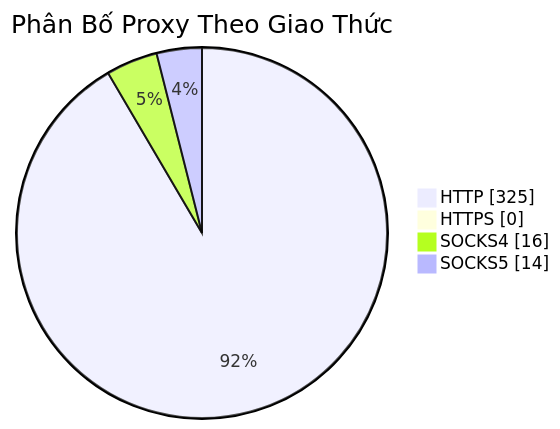
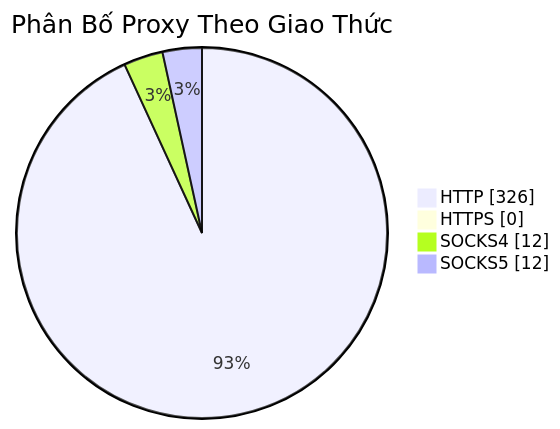
One commit to Ciara-Aa/PROXY-free changed the diagram in README.md. Above: the diagram before and after it, drawn with Mermaid. The commit also changed other lines of this file and 3 other files, not shown here.

````diff
--- a/README.md
+++ b/README.md
@@ -26,7 +26,7 @@
 ```mermaid
 pie showData title Phân Bố Proxy Theo Giao Thức
-    "HTTP" : 325
+    "HTTP" : 326
     "HTTPS" : 0
-    "SOCKS4" : 16
-    "SOCKS5" : 14
+    "SOCKS4" : 12
+    "SOCKS5" : 12
 ```
````
